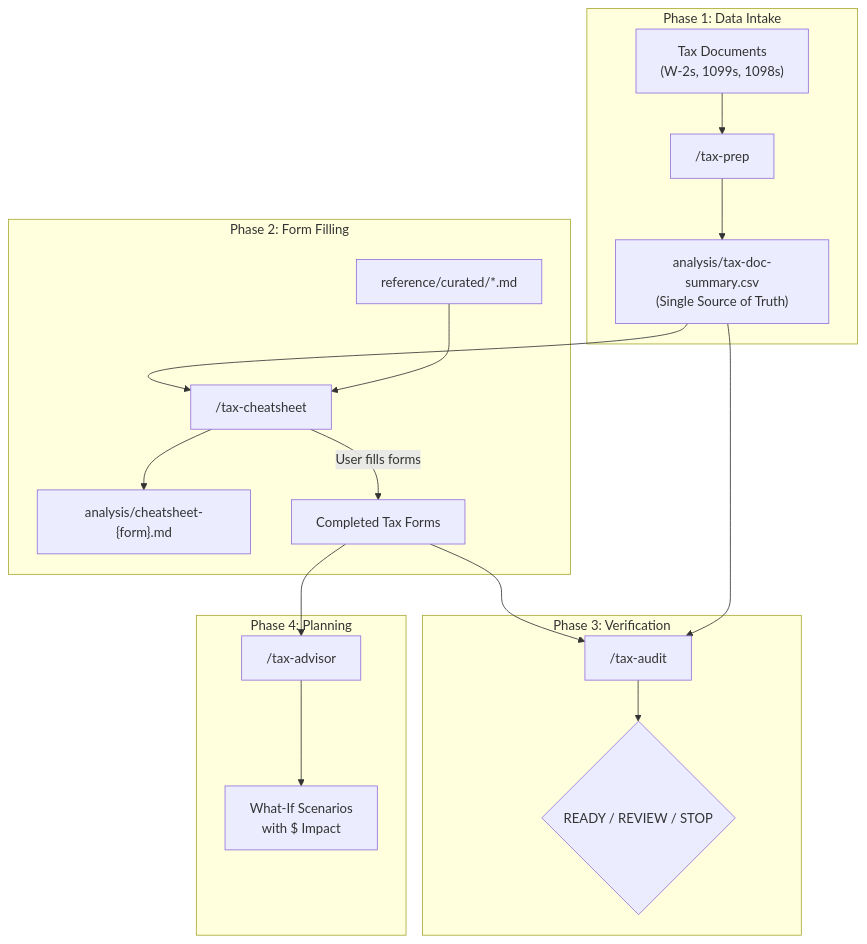
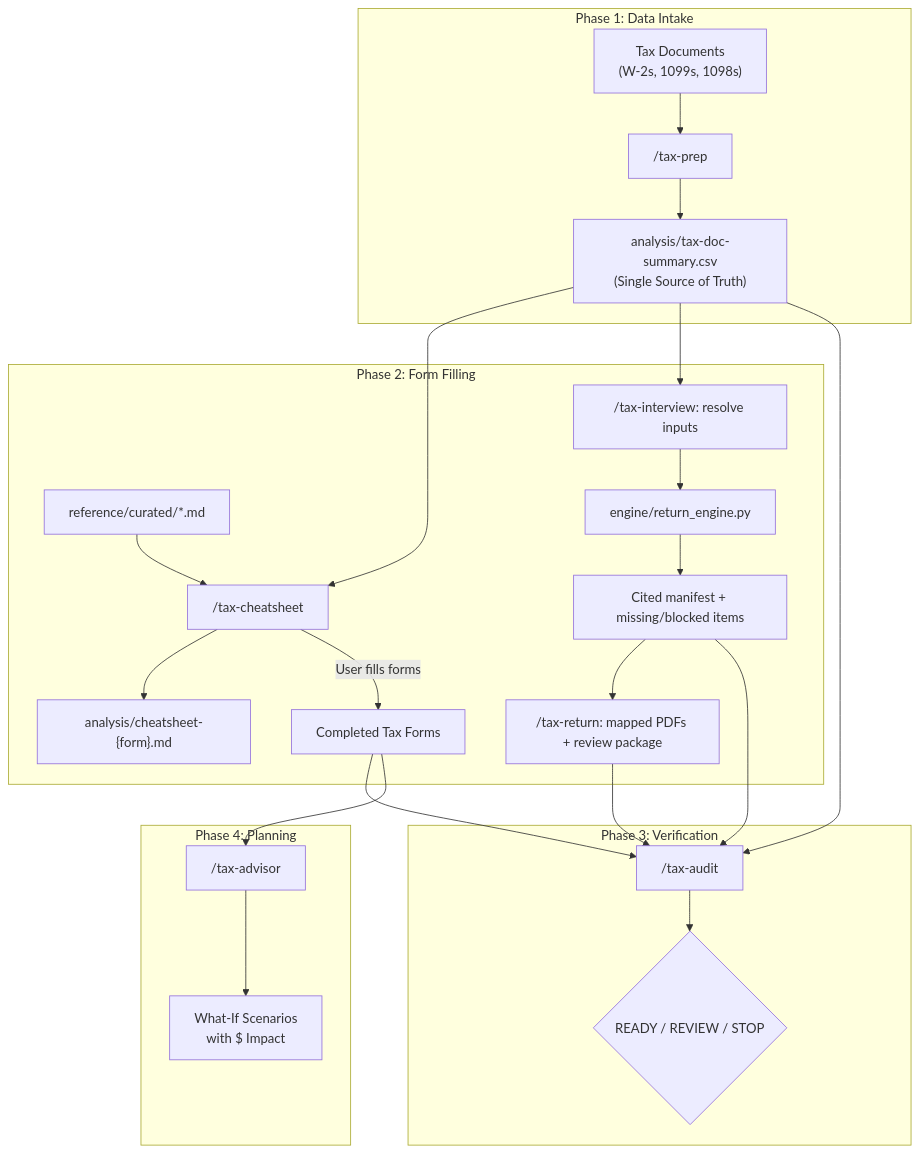
Before and after one commit to astanford/Tax-Filing: the diagram in docs/ARCHITECTURE.md, drawn with Mermaid. The commit also changed other lines of this file and 7 other files, not shown here.

````diff
--- a/docs/ARCHITECTURE.md
+++ b/docs/ARCHITECTURE.md
@@ -5,25 +5,31 @@
 ```mermaid
 graph TD
     subgraph "Phase 1: Data Intake"
         DOCS["Tax Documents<br/>(W-2s, 1099s, 1098s)"] --> PREP["/tax-prep"]
         PREP --> CSV["analysis/tax-doc-summary.csv<br/>(Single Source of Truth)"]
     end
 
     subgraph "Phase 2: Form Filling"
         CSV --> CHEAT["/tax-cheatsheet"]
         REF["reference/curated/*.md"] --> CHEAT
         CHEAT --> SHEETS["analysis/cheatsheet-{form}.md"]
         CHEAT --> |"User fills forms"| FORMS["Completed Tax Forms"]
+        CSV --> INTERVIEW["/tax-interview: resolve inputs"]
+        INTERVIEW --> ENGINE["engine/return_engine.py"]
+        ENGINE --> MANIFEST["Cited manifest + missing/blocked items"]
+        MANIFEST --> OUTPUT["/tax-return: mapped PDFs + review package"]
     end
 
     subgraph "Phase 3: Verification"
         FORMS --> AUDIT["/tax-audit"]
         CSV --> AUDIT
+        MANIFEST --> AUDIT
+        OUTPUT --> AUDIT
         AUDIT --> VERDICT{"READY / REVIEW / STOP"}
     end
 
     subgraph "Phase 4: Planning"
         FORMS --> ADVISOR["/tax-advisor"]
         ADVISOR --> SCENARIOS["What-If Scenarios<br/>with $ Impact"]
     end
 ```
````
